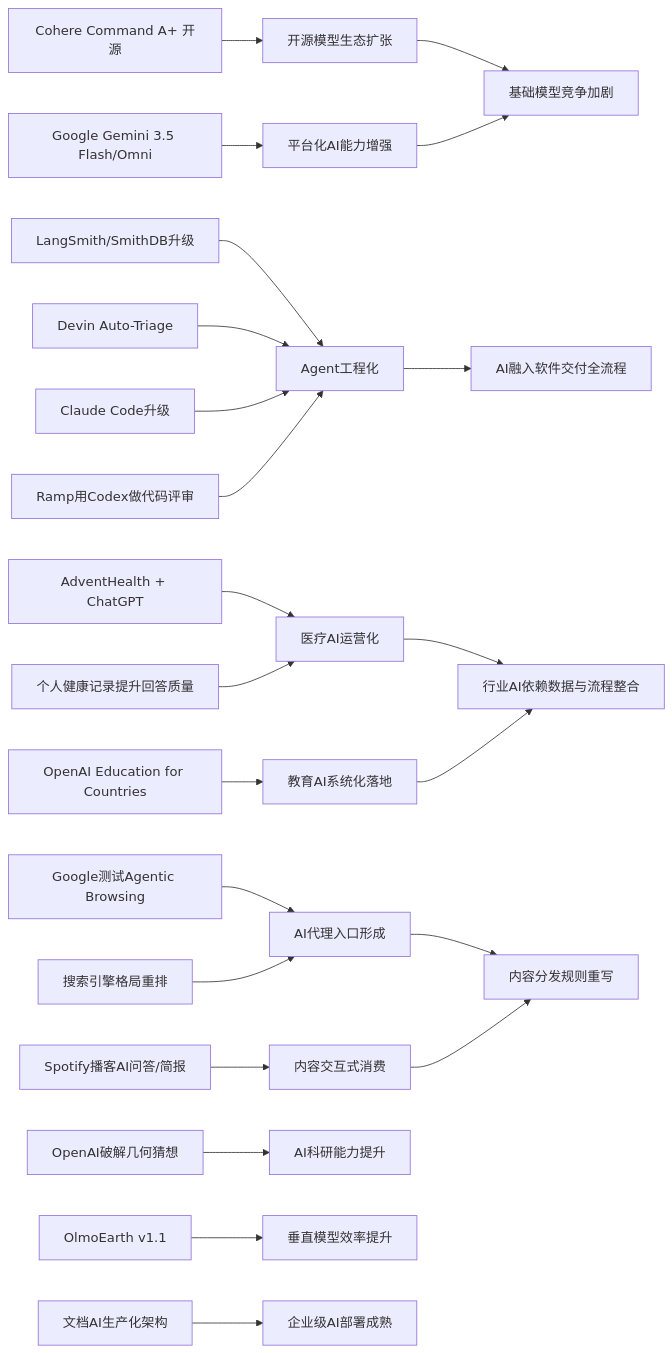
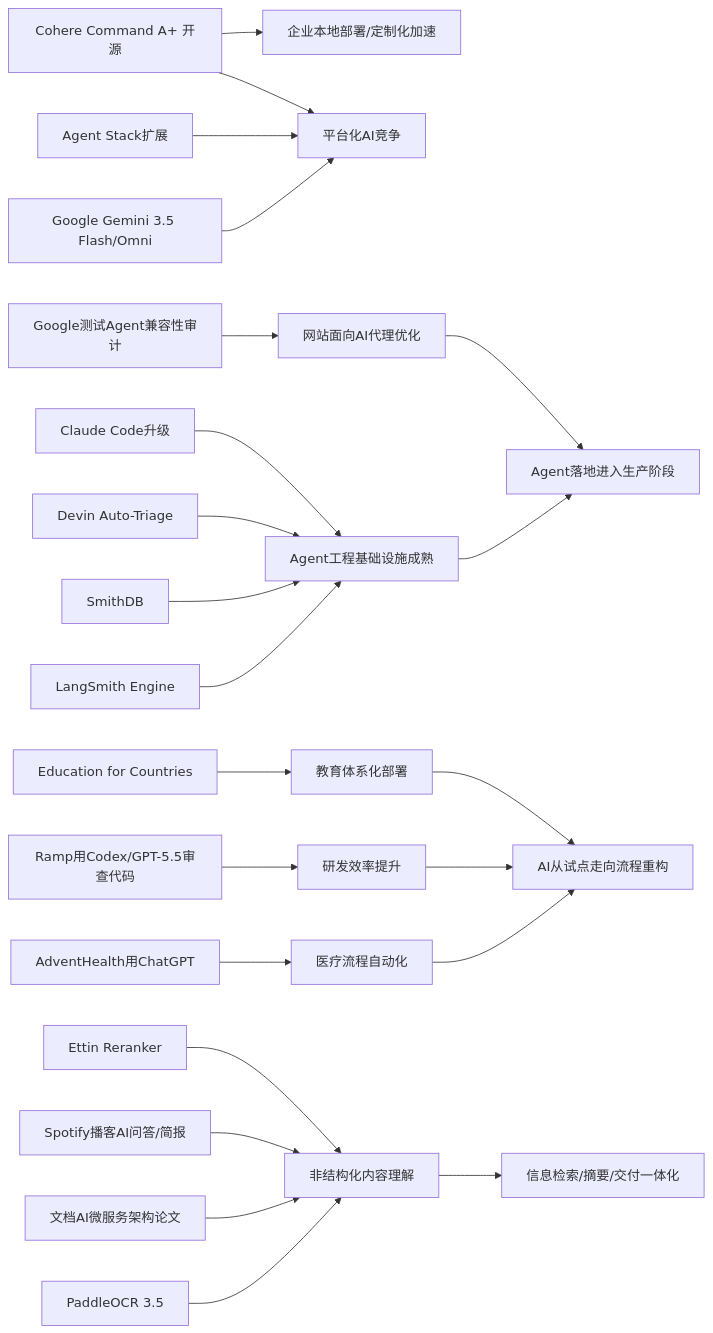
One commit to zhuxinfei/ai-daily-site changed the diagram in content/cn/2026/2026-05/2026-05-21.md. Above: the diagram before and after it, drawn with Mermaid. The commit also changed other lines of this file, not shown here.

````diff
--- a/content/cn/2026/2026-05/2026-05-21.md
+++ b/content/cn/2026/2026-05/2026-05-21.md
@@ -110,29 +110,37 @@
 ```mermaid
 graph LR
-    A[Cohere Command A+ 开源] --> B[开源模型生态扩张]
-    C[Google Gemini 3.5 Flash/Omni] --> D[平台化AI能力增强]
-    B --> E[基础模型竞争加剧]
-    D --> E
+    A[Cohere Command A+ 开源] --> B[企业本地部署/定制化加速]
+    C[Google Gemini 3.5 Flash/Omni] --> D[平台化AI竞争]
+    E[Agent Stack扩展] --> D
+    A --> D
 
-    F[LangSmith/SmithDB升级] --> G[Agent工程化]
-    H[Devin Auto-Triage] --> G
-    I[Claude Code升级] --> G
-    J[Ramp用Codex做代码评审] --> G
-    G --> K[AI融入软件交付全流程]
+    F[LangSmith Engine]
+    G[SmithDB]
+    H[Devin Auto-Triage]
+    I[Claude Code升级]
+    F --> J[Agent工程基础设施成熟]
+    G --> J
+    H --> J
+    I --> J
 
-    L[AdventHealth + ChatGPT] --> M[医疗AI运营化]
-    N[个人健康记录提升回答质量] --> M
-    O[OpenAI Education for Countries] --> P[教育AI系统化落地]
-    M --> Q[行业AI依赖数据与流程整合]
-    P --> Q
+    K[Google测试Agent兼容性审计] --> L[网站面向AI代理优化]
+    J --> M[Agent落地进入生产阶段]
+    L --> M
 
-    R[Google测试Agentic Browsing] --> S[AI代理入口形成]
-    T[搜索引擎格局重排] --> S
-    U[Spotify播客AI问答/简报] --> V[内容交互式消费]
-    S --> W[内容分发规则重写]
-    V --> W
+    N[AdventHealth用ChatGPT] --> O[医疗流程自动化]
+    P[Ramp用Codex/GPT-5.5审查代码] --> Q[研发效率提升]
+    R[Education for Countries] --> S[教育体系化部署]
+    O --> T[AI从试点走向流程重构]
+    Q --> T
+    S --> T
 
-    X[OpenAI破解几何猜想] --> Y[AI科研能力提升]
-    Z[OlmoEarth v1.1] --> AA[垂直模型效率提升]
-    AB[文档AI生产化架构] --> AC[企业级AI部署成熟]
+    U[PaddleOCR 3.5]
+    V[文档AI微服务架构论文]
+    W[Spotify播客AI问答/简报]
+    X[Ettin Reranker]
+    U --> Y[非结构化内容理解]
+    V --> Y
+    W --> Y
+    X --> Y
+    Y --> Z[信息检索/摘要/交付一体化]
 ```
````
